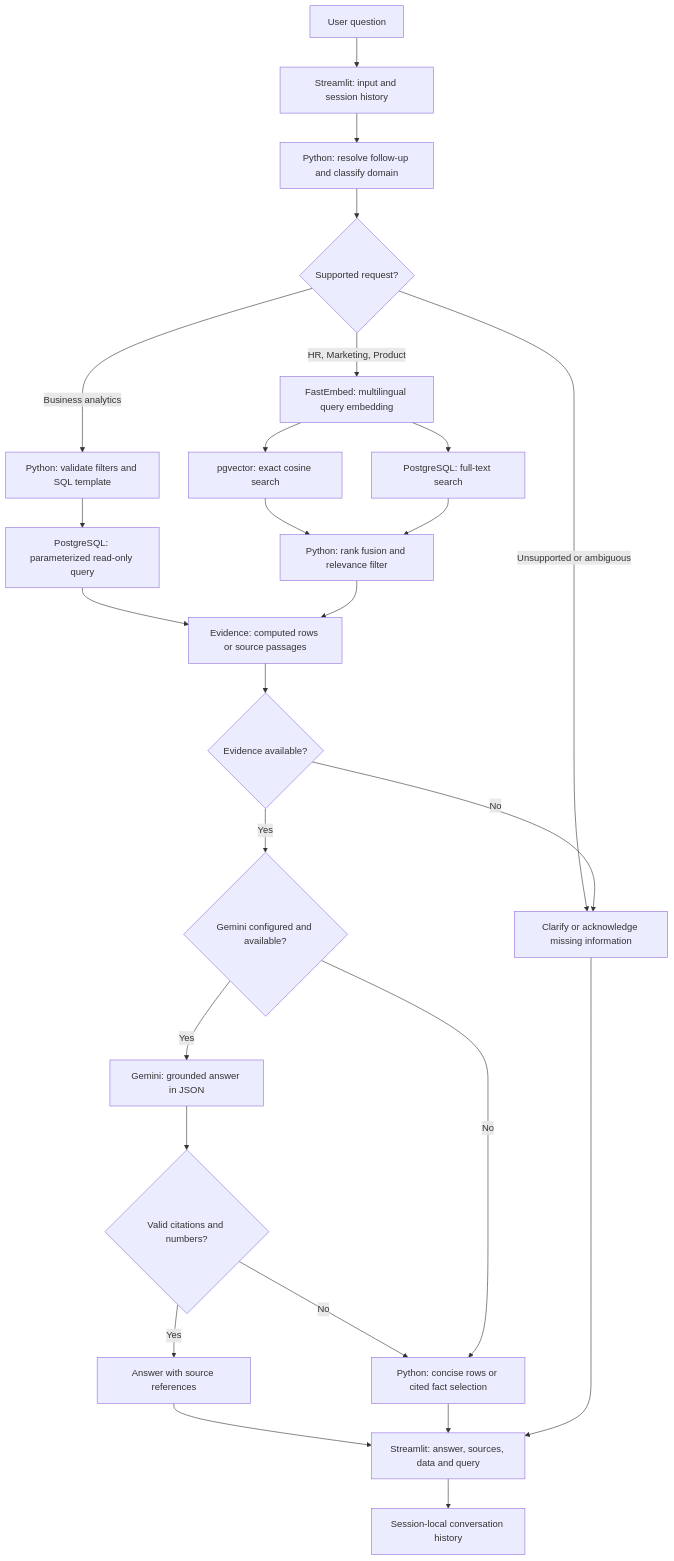
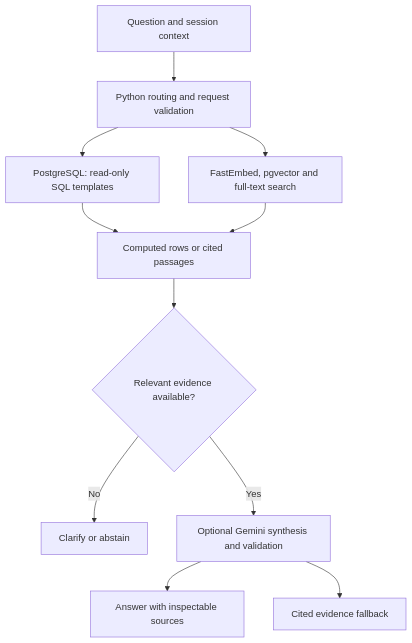
The diagram in README.md (gusbakers/enterprise-internal-assistant), drawn with Mermaid before and after one commit. The commit also changed other lines of this file and 1 other file, not shown here.

````diff
--- a/README.md
+++ b/README.md
@@ -22,28 +46,13 @@
 ```mermaid
 flowchart TD
-    U["User question"] --> UI["Streamlit: input and session history"]
-    UI --> PY["Python: resolve follow-up and classify domain"]
-    PY --> KIND{"Supported request?"}
-    KIND -->|Business analytics| SQL["Python: validate filters and SQL template"]
-    SQL --> DB["PostgreSQL: parameterized read-only query"]
-    KIND -->|HR, Marketing, Product| EMB["FastEmbed: multilingual query embedding"]
-    EMB --> VEC["pgvector: exact cosine search"]
-    EMB --> TXT["PostgreSQL: full-text search"]
-    VEC --> RANK["Python: rank fusion and relevance filter"]
-    TXT --> RANK
-    DB --> E["Evidence: computed rows or source passages"]
-    RANK --> E
-    KIND -->|Unsupported or ambiguous| STOP["Clarify or acknowledge missing information"]
-    E --> CHECK{"Evidence available?"}
-    CHECK -->|No| STOP
-    CHECK -->|Yes| LLM{"Gemini configured and available?"}
-    LLM -->|Yes| GEN["Gemini: grounded answer in JSON"]
-    GEN --> VALID{"Valid citations and numbers?"}
-    VALID -->|Yes| ANSWER["Answer with source references"]
-    VALID -->|No| FALL["Python: concise rows or cited fact selection"]
-    LLM -->|No| FALL
-    ANSWER --> OUT["Streamlit: answer, sources, data and query"]
-    FALL --> OUT
-    STOP --> OUT
-    OUT --> HISTORY["Session-local conversation history"]
+    Q["Question and session context"] --> R["Python routing and request validation"]
+    R --> S["PostgreSQL: read-only SQL templates"]
+    R --> V["FastEmbed, pgvector and full-text search"]
+    S --> E["Computed rows or cited passages"]
+    V --> E
+    E --> C{"Relevant evidence available?"}
+    C -->|No| N["Clarify or abstain"]
+    C -->|Yes| G["Optional Gemini synthesis and validation"]
+    G --> A["Answer with inspectable sources"]
+    G --> F["Cited evidence fallback"]
 ```
````
